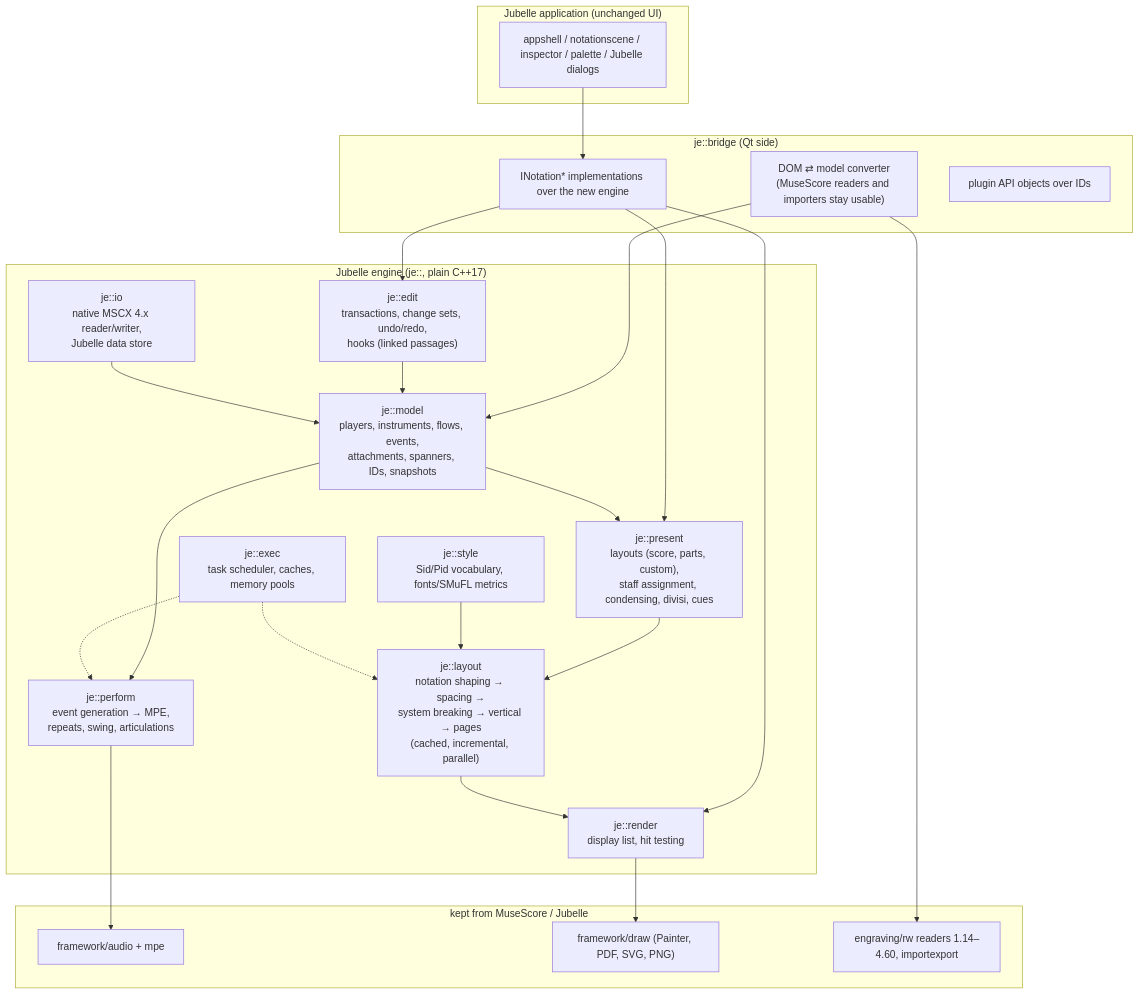
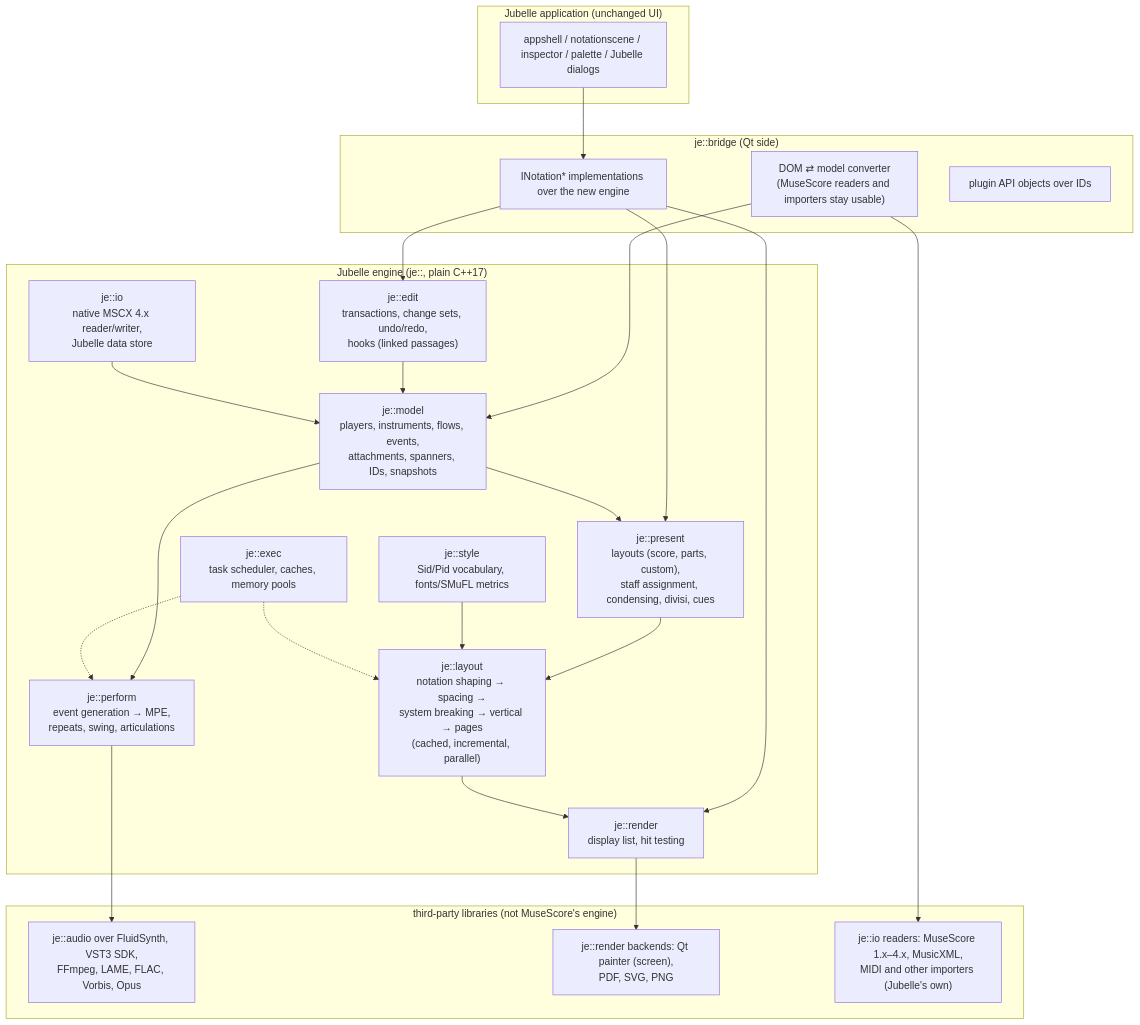
The first of 4 diagrams in jubelle_engine/docs/03_engine_architecture.md (nlinemusic/stavelle), drawn with Mermaid before and after one commit. The commit also changed other lines of this file and 10 other files, not shown here.

First line of the commit message:
Engine: roadmap revised for a complete, independent engine (D-E22) [skip ci]

````diff
--- a/jubelle_engine/docs/03_engine_architecture.md
+++ b/jubelle_engine/docs/03_engine_architecture.md
@@ -25,45 +25,45 @@
 ```mermaid
 flowchart TB
     subgraph App["Jubelle application (unchanged UI)"]
         UI["appshell / notationscene / inspector / palette / Jubelle dialogs"]
     end
 
     subgraph Bridge["je::bridge (Qt side)"]
         NotationImpl["INotation* implementations over the new engine"]
         Converter["DOM ⇄ model converter\n(MuseScore readers and importers stay usable)"]
         PluginAPI["plugin API objects over IDs"]
     end
 
     subgraph Engine["Jubelle engine (je::, plain C++17)"]
         Model["je::model\nplayers, instruments, flows, events,\nattachments, spanners, IDs, snapshots"]
         Edit["je::edit\ntransactions, change sets, undo/redo,\nhooks (linked passages)"]
         Present["je::present\nlayouts (score, parts, custom),\nstaff assignment, condensing, divisi, cues"]
         Layout["je::layout\nnotation shaping → spacing →\nsystem breaking → vertical → pages\n(cached, incremental, parallel)"]
         Render["je::render\ndisplay list, hit testing"]
         Perform["je::perform\nevent generation → MPE,\nrepeats, swing, articulations"]
         IO["je::io\nnative MSCX 4.x reader/writer,\nJubelle data store"]
         Style["je::style\nSid/Pid vocabulary, fonts/SMuFL metrics"]
         Sched["je::exec\ntask scheduler, caches, memory pools"]
     end
 
-    subgraph Kept["kept from MuseScore / Jubelle"]
-        Audio["framework/audio + mpe"]
-        Draw["framework/draw (Painter, PDF, SVG, PNG)"]
-        RW["engraving/rw readers 1.14–4.60, importexport"]
+    subgraph Libs["third-party libraries (not MuseScore's engine)"]
+        Audio["je::audio over FluidSynth, VST3 SDK,\nFFmpeg, LAME, FLAC, Vorbis, Opus"]
+        Draw["je::render backends: Qt painter (screen),\nPDF, SVG, PNG"]
+        RW["je::io readers: MuseScore 1.x–4.x, MusicXML,\nMIDI and other importers (Jubelle's own)"]
     end
 
     UI --> NotationImpl
     NotationImpl --> Edit
     NotationImpl --> Present
     NotationImpl --> Render
     Converter --> Model
     Converter --> RW
     Edit --> Model
     Model --> Present --> Layout --> Render
     Style --> Layout
     Model --> Perform --> Audio
     Render --> Draw
     IO --> Model
     Sched -.-> Layout
     Sched -.-> Perform
 ```
````
